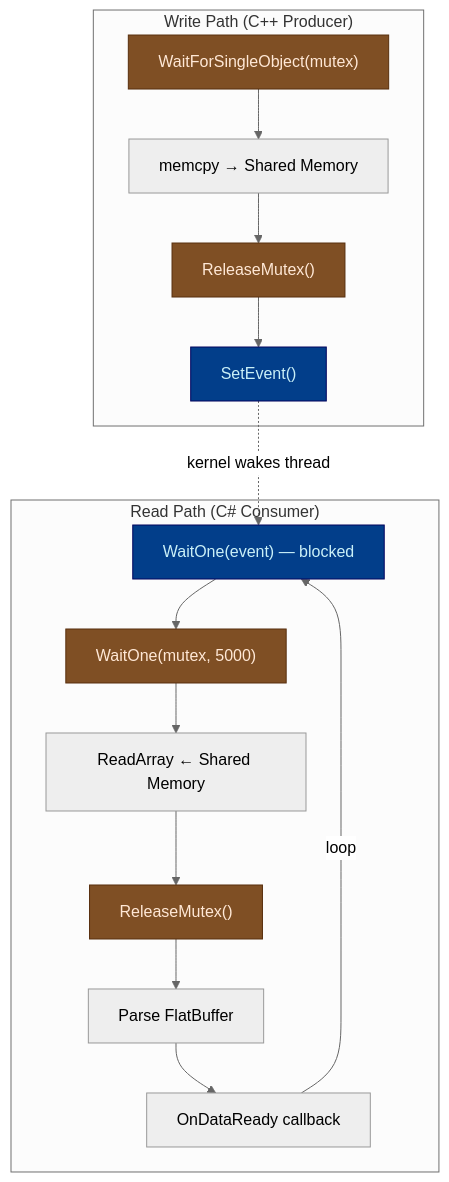
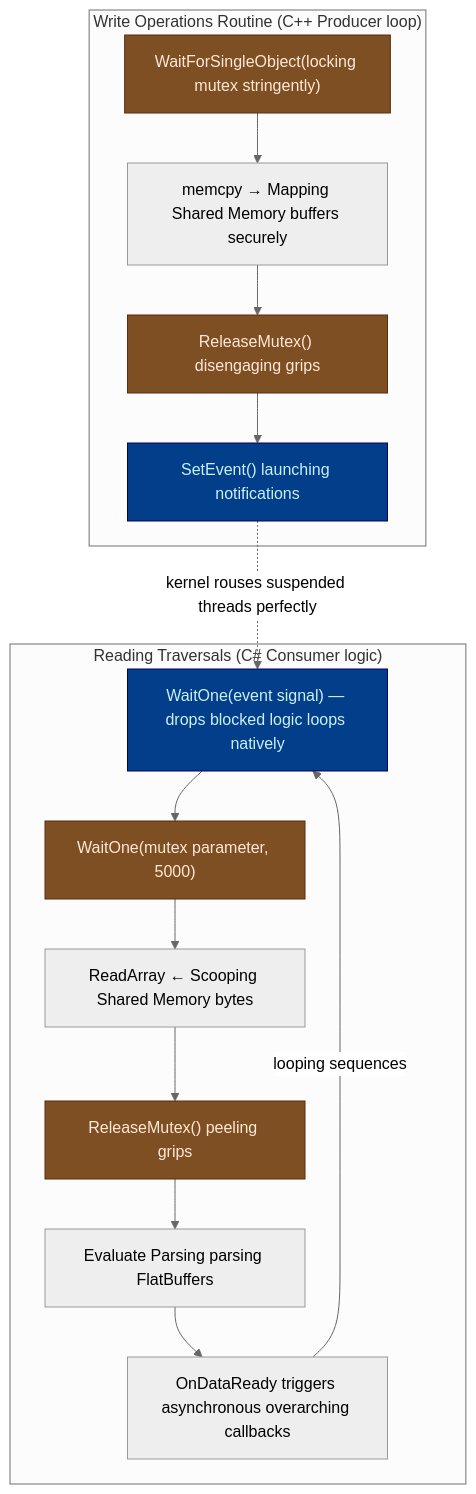
Before and after one commit to snodeplannen/sharedvar: diagram 16 of 23 in SharedValueV3_MemMap/ARCHITECTURE.md, drawn with Mermaid (neutral theme). The commit also changed other lines of this file and 90 other files, not shown here.

````diff
--- a/SharedValueV3_MemMap/ARCHITECTURE.md
+++ b/SharedValueV3_MemMap/ARCHITECTURE.md
@@ -541,30 +540,30 @@
 ```mermaid
 flowchart TD
-    subgraph "Write Path (C++ Producer)"
-        W1["WaitForSingleObject(mutex)"]
-        W2["memcpy → Shared Memory"]
-        W3["ReleaseMutex()"]
-        W4["SetEvent()"]
+    subgraph "Write Operations Routine (C++ Producer loop)"
+        W1["WaitForSingleObject(locking mutex stringently)"]
+        W2["memcpy → Mapping Shared Memory buffers securely"]
+        W3["ReleaseMutex() disengaging grips"]
+        W4["SetEvent() launching notifications"]
         W1 --> W2 --> W3 --> W4
     end
 
-    subgraph "Read Path (C# Consumer)"
-        R0["WaitOne(event) — blocked"]
-        R1["WaitOne(mutex, 5000)"]
-        R2["ReadArray ← Shared Memory"]
-        R3["ReleaseMutex()"]
-        R4["Parse FlatBuffer"]
-        R5["OnDataReady callback"]
+    subgraph "Reading Traversals (C# Consumer logic)"
+        R0["WaitOne(event signal) — drops blocked logic loops natively"]
+        R1["WaitOne(mutex parameter, 5000)"]
+        R2["ReadArray ← Scooping Shared Memory bytes"]
+        R3["ReleaseMutex() peeling grips"]
+        R4["Evaluate Parsing parsing FlatBuffers"]
+        R5["OnDataReady triggers asynchronous overarching callbacks"]
         R0 --> R1 --> R2 --> R3 --> R4 --> R5
-        R5 -->|"loop"| R0
+        R5 -->|"looping sequences"| R0
     end
 
-    W4 -.->|"kernel wakes thread"| R0
+    W4 -.->|"kernel rouses suspended threads perfectly"| R0
 
     style W1 fill:#7f4f24,stroke:#582f0e,color:#ffe8d6
     style W3 fill:#7f4f24,stroke:#582f0e,color:#ffe8d6
     style R1 fill:#7f4f24,stroke:#582f0e,color:#ffe8d6
     style R3 fill:#7f4f24,stroke:#582f0e,color:#ffe8d6
     style W4 fill:#023e8a,stroke:#03045e,color:#caf0f8
     style R0 fill:#023e8a,stroke:#03045e,color:#caf0f8
 ```
````
